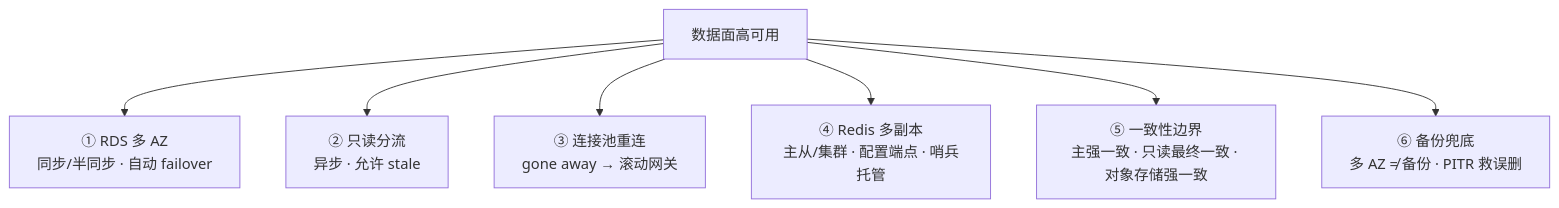
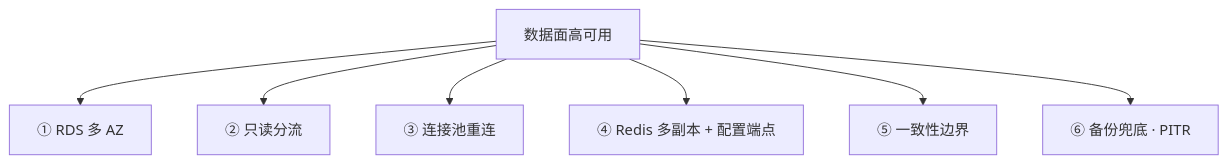
One commit to ml-cuizijun/LearnToLilith changed the seventh of 8 diagrams in 06-云平台/03-云上存储与数据库/知识点.md. Above: the diagram before and after it, drawn with Mermaid. The commit also changed other lines of this file and 178 other files, not shown here.

````diff
--- a/06-云平台/03-云上存储与数据库/知识点.md
+++ b/06-云平台/03-云上存储与数据库/知识点.md
@@ -312,9 +278,9 @@
 ```mermaid
 flowchart TB
-    HA["数据面高可用"] --> G1["① RDS 多 AZ<br/>同步/半同步 · 自动 failover"]
-    HA --> G2["② 只读分流<br/>异步 · 允许 stale"]
-    HA --> G3["③ 连接池重连<br/>gone away → 滚动网关"]
-    HA --> G4["④ Redis 多副本<br/>主从/集群 · 配置端点 · 哨兵托管"]
-    HA --> G5["⑤ 一致性边界<br/>主强一致 · 只读最终一致 · 对象存储强一致"]
-    HA --> G6["⑥ 备份兜底<br/>多 AZ ≠ 备份 · PITR 救误删"]
+    HA["数据面高可用"] --> G1["① RDS 多 AZ"]
+    HA --> G2["② 只读分流"]
+    HA --> G3["③ 连接池重连"]
+    HA --> G4["④ Redis 多副本 + 配置端点"]
+    HA --> G5["⑤ 一致性边界"]
+    HA --> G6["⑥ 备份兜底 · PITR"]
 ```
````
